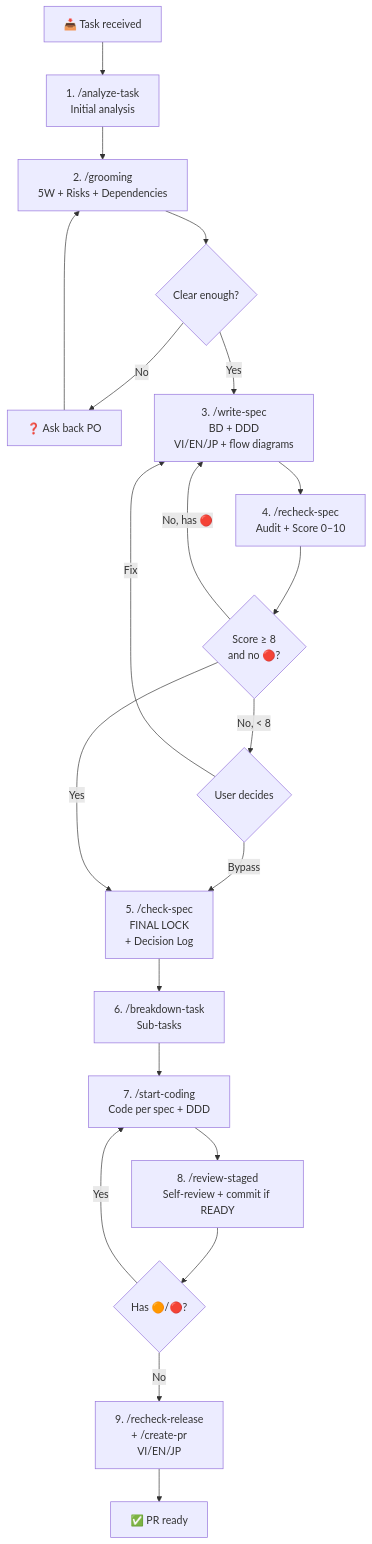
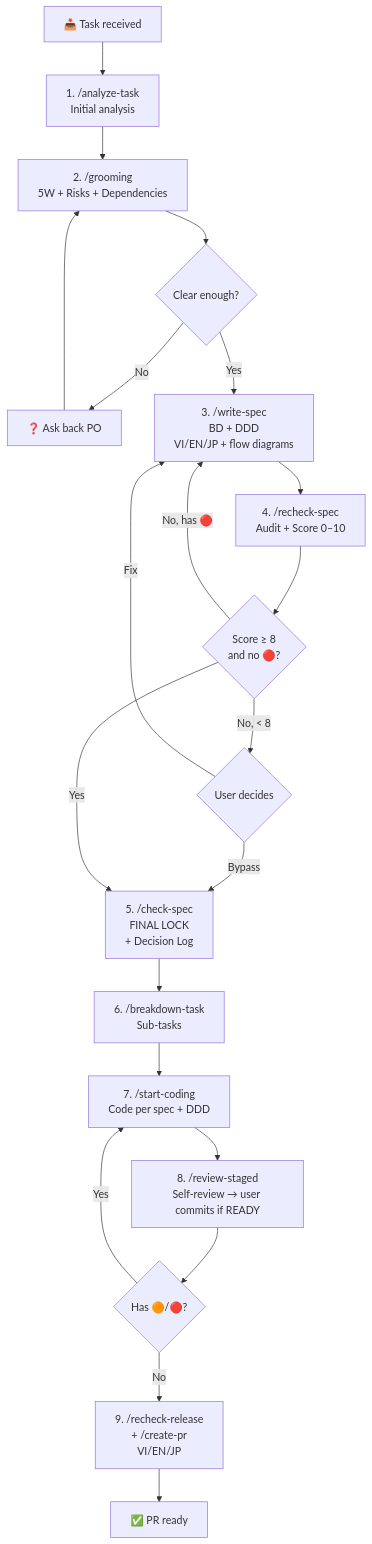
Before and after one commit to lam-vd/workflow-kit: the diagram in docs/workflow/SENIOR-WORKFLOW.md, drawn with Mermaid. The commit also changed other lines of this file and 38 other files, not shown here.

````diff
--- a/docs/workflow/SENIOR-WORKFLOW.md
+++ b/docs/workflow/SENIOR-WORKFLOW.md
@@ -16,23 +16,23 @@
 ```mermaid
 flowchart TD
     A[📥 Task received] --> B[1. /analyze-task<br/>Initial analysis]
     B --> C[2. /grooming<br/>5W + Risks + Dependencies]
     C --> D{Clear enough?}
     D -->|No| E[❓ Ask back PO]
     E --> C
     D -->|Yes| F[3. /write-spec<br/>BD + DDD<br/>VI/EN/JP + flow diagrams]
     F --> G[4. /recheck-spec<br/>Audit + Score 0–10]
     G --> H{Score ≥ 8<br/>and no 🔴?}
     H -->|No, has 🔴| F
     H -->|No, < 8| H2{User decides}
     H2 -->|Fix| F
     H2 -->|Bypass| I[5. /check-spec<br/>FINAL LOCK<br/>+ Decision Log]
     H -->|Yes| I
     I --> J[6. /breakdown-task<br/>Sub-tasks]
     J --> K[7. /start-coding<br/>Code per spec + DDD]
-    K --> L[8. /review-staged<br/>Self-review + commit if READY]
+    K --> L[8. /review-staged<br/>Self-review → user commits if READY]
     L --> M{Has 🟠/🔴?}
     M -->|Yes| K
     M -->|No| N[9. /recheck-release<br/>+ /create-pr<br/>VI/EN/JP]
     N --> O[✅ PR ready]
 ```
````
